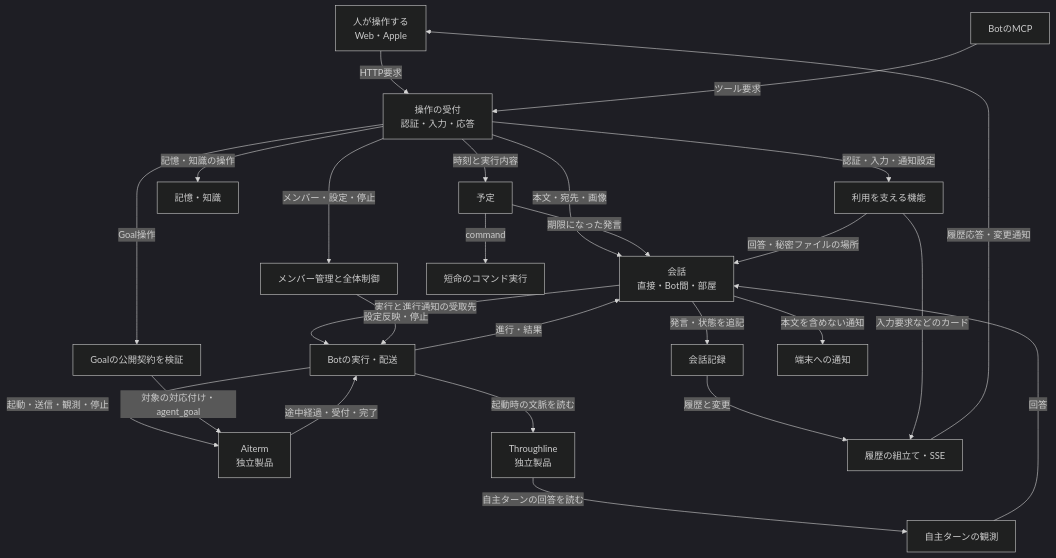
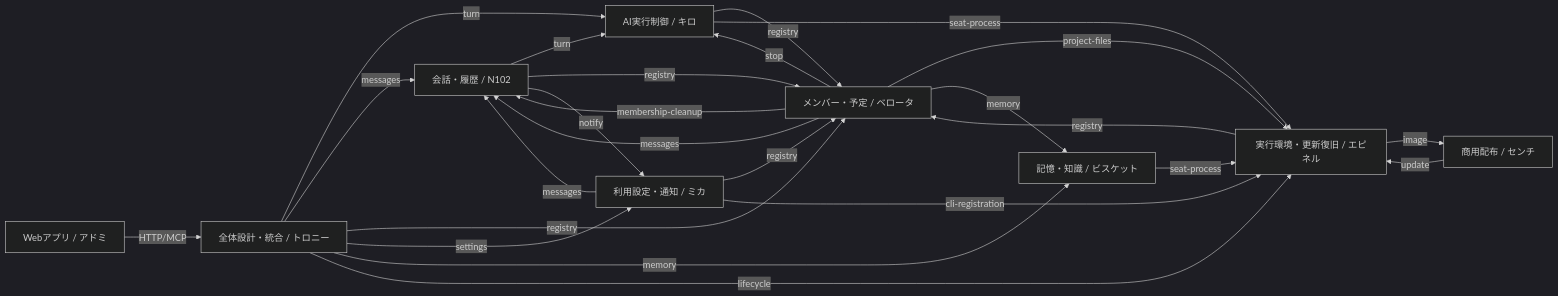
Before and after one commit to kitepon/BellTeam: the first of 2 diagrams in docs/architecture/feature-map.md, drawn with Mermaid (dark theme). The commit also changed other lines of this file and 44 other files, not shown here.

````diff
--- a/docs/architecture/feature-map.md
+++ b/docs/architecture/feature-map.md
@@ -11,28 +11,36 @@
 ```mermaid
-flowchart TB
-  Human["人が操作する<br/>Web・Apple"] -->|"HTTP要求"| Entry["操作の受付<br/>認証・入力・応答"]
-  Bot["BotのMCP"] -->|"ツール要求"| Entry
-  Entry -->|"本文・宛先・画像"| Talk["会話<br/>直接・Bot間・部屋"]
-  Entry -->|"メンバー・設定・停止"| Admin["メンバー管理と全体制御"]
-  Entry -->|"時刻と実行内容"| Schedule["予定"]
-  Entry -->|"記憶・知識の操作"| Memory["記憶・知識"]
-  Entry -->|"認証・入力・通知設定"| Support["利用を支える機能"]
-  Entry -->|"Goal操作"| Goal["Goalの公開契約を検証"]
-  Schedule -->|"期限になった発言"| Talk
-  Schedule -->|"command"| Command["短命のコマンド実行"]
-  Support -->|"回答・秘密ファイルの場所"| Talk
-  Talk -->|"実行と進行通知の受取先"| Run["Botの実行・配送"]
-  Admin -->|"設定反映・停止"| Run
-  Run -->|"起動・送信・観測・停止"| Aiterm["Aiterm<br/>独立製品"]
-  Goal -->|"対象の対応付け・agent_goal"| Aiterm
-  Run -->|"起動時の文脈を読む"| Throughline["Throughline<br/>独立製品"]
-  Throughline -->|"自主ターンの回答を読む"| Observe["自主ターンの観測"]
-  Aiterm -->|"途中経過・受付・完了"| Run
-  Run -->|"進行・結果"| Talk
-  Observe -->|"回答"| Talk
-  Talk -->|"発言・状態を追記"| History["会話記録"]
-  History -->|"履歴と変更"| View["履歴の組立て・SSE"]
-  Support -->|"入力要求などのカード"| View
-  View -->|"履歴応答・変更通知"| Human
-  Talk -->|"本文を含めない通知"| Push["端末への通知"]
+flowchart LR
+  m_conversation["会話・履歴 / N102"]
+  m_distribution["商用配布 / センチ"]
+  m_execution["AI実行制御 / キロ"]
+  m_integration["全体設計・統合 / トロニー"]
+  m_members["メンバー・予定 / ベロータ"]
+  m_memory["記憶・知識 / ビスケット"]
+  m_runtime["実行環境・更新復旧 / エピネル"]
+  m_usage["利用設定・通知 / ミカ"]
+  m_web["Webアプリ / アドミ"]
+  m_conversation -->|"turn"| m_execution
+  m_conversation -->|"registry"| m_members
+  m_conversation -->|"notify"| m_usage
+  m_distribution -->|"update"| m_runtime
+  m_execution -->|"registry"| m_members
+  m_execution -->|"seat-process"| m_runtime
+  m_integration -->|"turn"| m_execution
+  m_integration -->|"messages"| m_conversation
+  m_integration -->|"registry"| m_members
+  m_integration -->|"settings"| m_usage
+  m_integration -->|"memory"| m_memory
+  m_integration -->|"lifecycle"| m_runtime
+  m_members -->|"stop"| m_execution
+  m_members -->|"project-files"| m_runtime
+  m_members -->|"membership-cleanup"| m_conversation
+  m_members -->|"messages"| m_conversation
+  m_members -->|"memory"| m_memory
+  m_memory -->|"seat-process"| m_runtime
+  m_runtime -->|"registry"| m_members
+  m_runtime -->|"image"| m_distribution
+  m_usage -->|"registry"| m_members
+  m_usage -->|"messages"| m_conversation
+  m_usage -->|"cli-registration"| m_runtime
+  m_web -->|"HTTP/MCP"| m_integration
 ```
````
